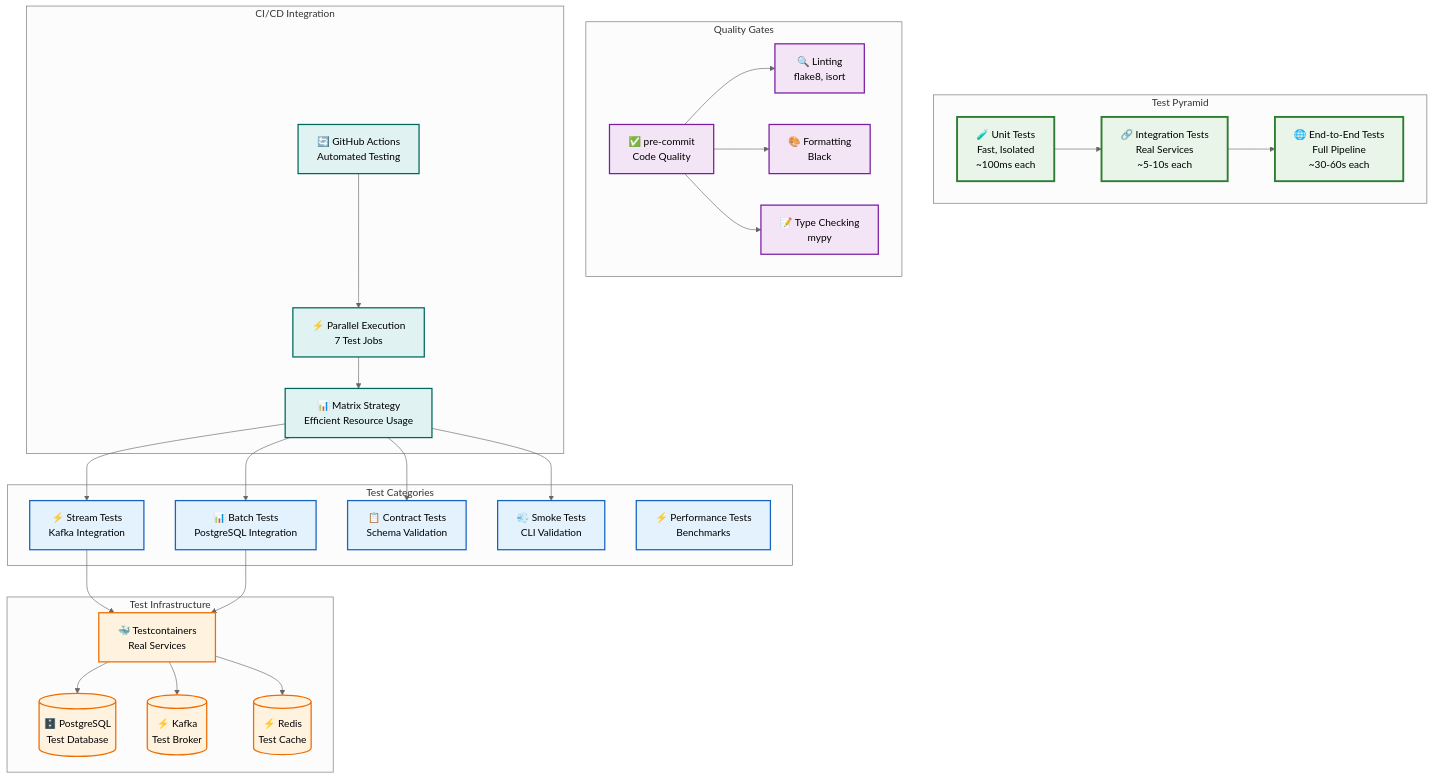
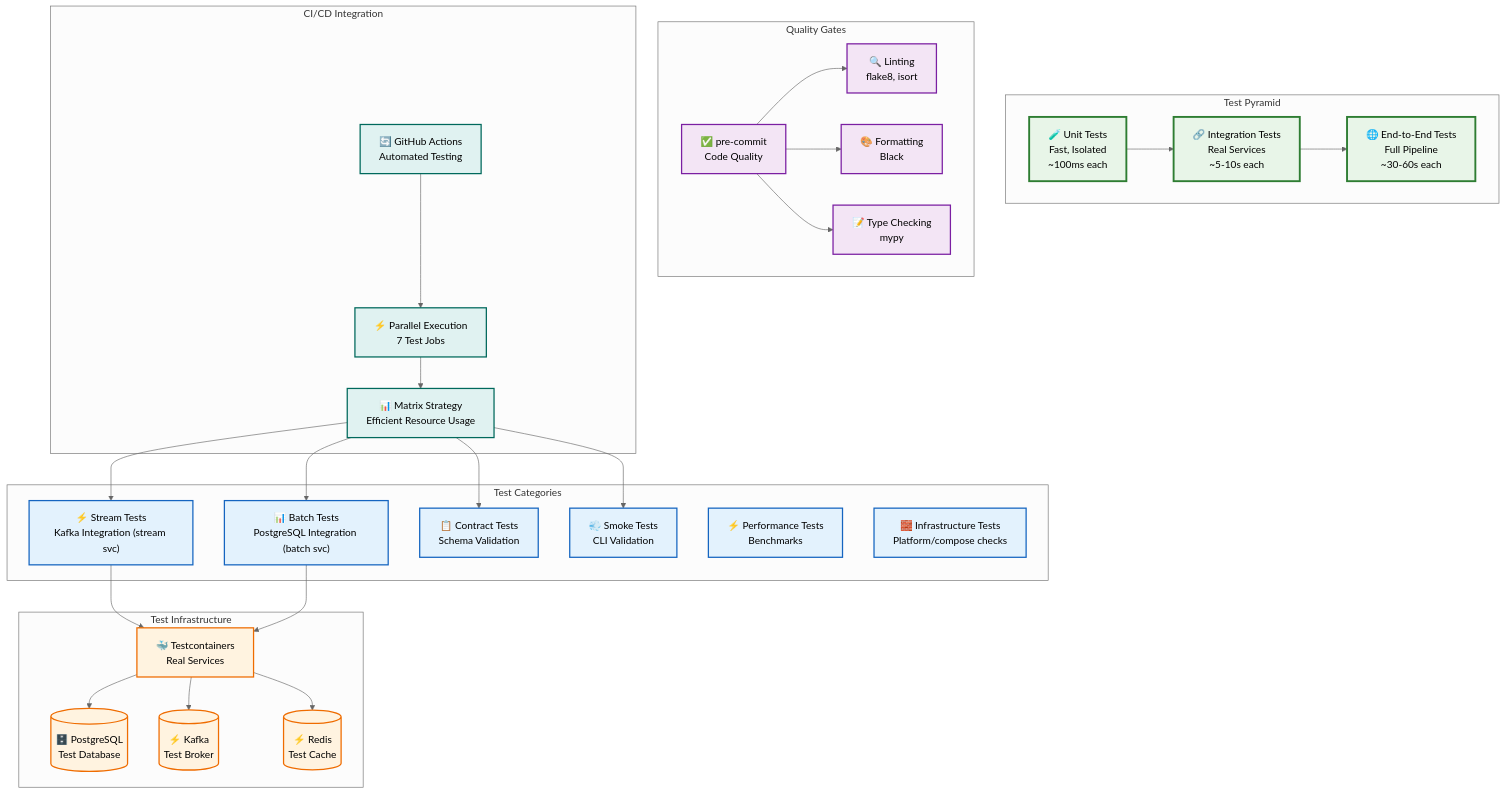
Before and after one commit to dilettacal/pipeline-and-chill: the diagram in docs/architecture/testing-strategy.md, drawn with Mermaid (neutral theme). The commit also changed other lines of this file and 41 other files, not shown here.

````diff
--- a/docs/architecture/testing-strategy.md
+++ b/docs/architecture/testing-strategy.md
@@ -9,75 +9,76 @@
 ```mermaid
 graph TB
     %% Test Pyramid
     subgraph "Test Pyramid"
         UNIT["🧪 Unit Tests<br/>Fast, Isolated<br/>~100ms each"]
         INTEGRATION["🔗 Integration Tests<br/>Real Services<br/>~5-10s each"]
         E2E["🌐 End-to-End Tests<br/>Full Pipeline<br/>~30-60s each"]
     end
 
     %% Test Types
     subgraph "Test Categories"
-        STREAM_TESTS["⚡ Stream Tests<br/>Kafka Integration"]
-        BATCH_TESTS["📊 Batch Tests<br/>PostgreSQL Integration"]
+        STREAM_TESTS["⚡ Stream Tests<br/>Kafka Integration (stream svc)"]
+        BATCH_TESTS["📊 Batch Tests<br/>PostgreSQL Integration (batch svc)"]
         CONTRACT_TESTS["📋 Contract Tests<br/>Schema Validation"]
         SMOKE_TESTS["💨 Smoke Tests<br/>CLI Validation"]
         PERFORMANCE["⚡ Performance Tests<br/>Benchmarks"]
+        INFRA_TESTS["🧱 Infrastructure Tests<br/>Platform/compose checks"]
     end
 
     %% Test Infrastructure
     subgraph "Test Infrastructure"
         TESTCONTAINERS["🐳 Testcontainers<br/>Real Services"]
         POSTGRES_TEST[("🗄️ PostgreSQL<br/>Test Database")]
         KAFKA_TEST[("⚡ Kafka<br/>Test Broker")]
         REDIS_TEST[("⚡ Redis<br/>Test Cache")]
     end
 
     %% Quality Gates
     subgraph "Quality Gates"
         PRECOMMIT["✅ pre-commit<br/>Code Quality"]
         LINTING["🔍 Linting<br/>flake8, isort"]
         FORMATTING["🎨 Formatting<br/>Black"]
         TYPE_CHECK["📝 Type Checking<br/>mypy"]
     end
 
     %% CI/CD Integration
     subgraph "CI/CD Integration"
         GITHUB_ACTIONS["🔄 GitHub Actions<br/>Automated Testing"]
         PARALLEL["⚡ Parallel Execution<br/>7 Test Jobs"]
         MATRIX["📊 Matrix Strategy<br/>Efficient Resource Usage"]
     end
 
     %% Test Flow
     UNIT --> INTEGRATION
     INTEGRATION --> E2E
 
     STREAM_TESTS --> TESTCONTAINERS
     BATCH_TESTS --> TESTCONTAINERS
     TESTCONTAINERS --> POSTGRES_TEST
     TESTCONTAINERS --> KAFKA_TEST
     TESTCONTAINERS --> REDIS_TEST
 
     PRECOMMIT --> LINTING
     PRECOMMIT --> FORMATTING
     PRECOMMIT --> TYPE_CHECK
 
     GITHUB_ACTIONS --> PARALLEL
     PARALLEL --> MATRIX
     MATRIX --> STREAM_TESTS
     MATRIX --> BATCH_TESTS
     MATRIX --> CONTRACT_TESTS
     MATRIX --> SMOKE_TESTS
 
     %% Styling
     classDef pyramid fill:#e8f5e8,stroke:#2e7d32,stroke-width:3px,color:#000
     classDef categories fill:#e3f2fd,stroke:#1565c0,stroke-width:2px,color:#000
     classDef infrastructure fill:#fff3e0,stroke:#ef6c00,stroke-width:2px,color:#000
     classDef quality fill:#f3e5f5,stroke:#7b1fa2,stroke-width:2px,color:#000
     classDef cicd fill:#e0f2f1,stroke:#00695c,stroke-width:2px,color:#000
 
     class UNIT,INTEGRATION,E2E pyramid
-    class STREAM_TESTS,BATCH_TESTS,CONTRACT_TESTS,SMOKE_TESTS,PERFORMANCE categories
+    class STREAM_TESTS,BATCH_TESTS,CONTRACT_TESTS,SMOKE_TESTS,PERFORMANCE,INFRA_TESTS categories
     class TESTCONTAINERS,POSTGRES_TEST,KAFKA_TEST,REDIS_TEST infrastructure
     class PRECOMMIT,LINTING,FORMATTING,TYPE_CHECK quality
     class GITHUB_ACTIONS,PARALLEL,MATRIX cicd
 ```
````
